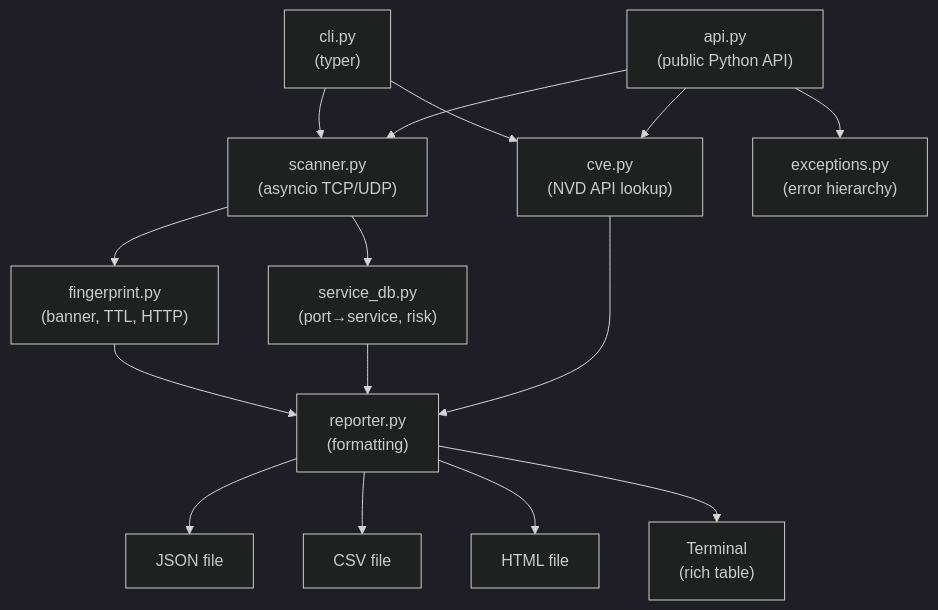
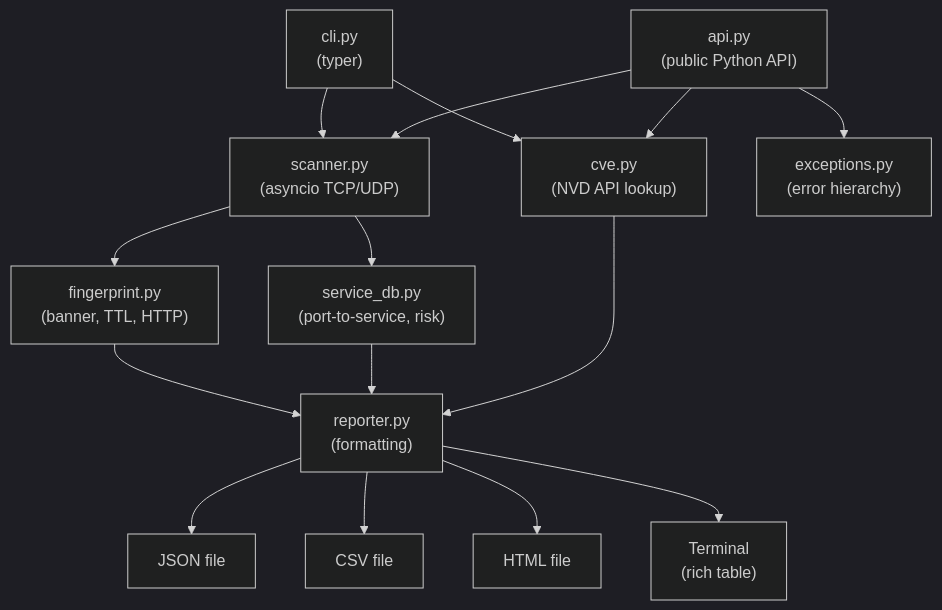
The diagram in README.md (JakobBartoschek/porthawk), drawn with Mermaid (dark theme) before and after one commit.

Commit message:
fix: replace unicode arrow in Mermaid node label (breaks GitHub renderer)

````diff
--- a/README.md
+++ b/README.md
@@ -42,30 +42,30 @@
 ```mermaid
 flowchart TD
     CLI["cli.py\n(typer)"]
     API["api.py\n(public Python API)"]
     SCAN["scanner.py\n(asyncio TCP/UDP)"]
     FP["fingerprint.py\n(banner, TTL, HTTP)"]
-    SDB["service_db.py\n(port→service, risk)"]
+    SDB["service_db.py\n(port-to-service, risk)"]
     CVE["cve.py\n(NVD API lookup)"]
     EXC["exceptions.py\n(error hierarchy)"]
     REP["reporter.py\n(formatting)"]
     OUT_JSON["JSON file"]
     OUT_CSV["CSV file"]
     OUT_HTML["HTML file"]
     OUT_TERM["Terminal\n(rich table)"]
 
     CLI --> SCAN
     CLI --> CVE
     API --> SCAN
     API --> CVE
     API --> EXC
     SCAN --> FP
     SCAN --> SDB
     FP --> REP
     SDB --> REP
     CVE --> REP
     REP --> OUT_JSON
     REP --> OUT_CSV
     REP --> OUT_HTML
     REP --> OUT_TERM
 ```
````
